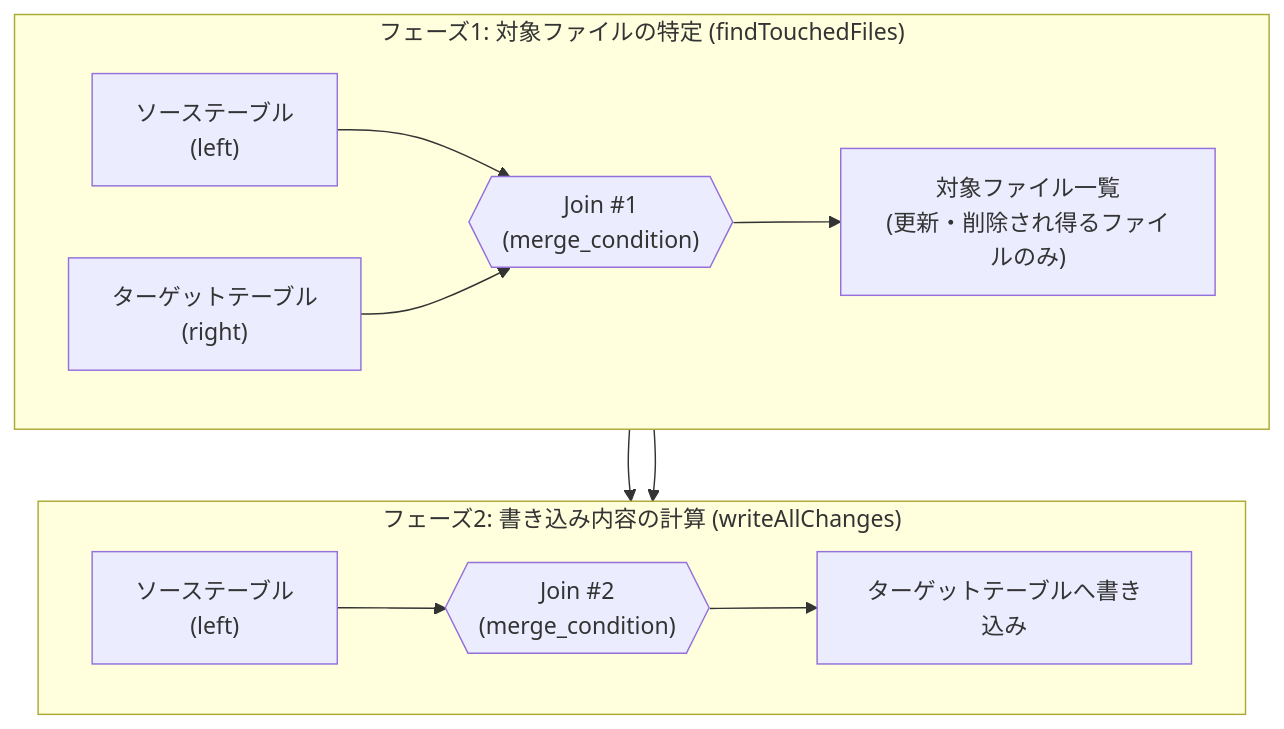
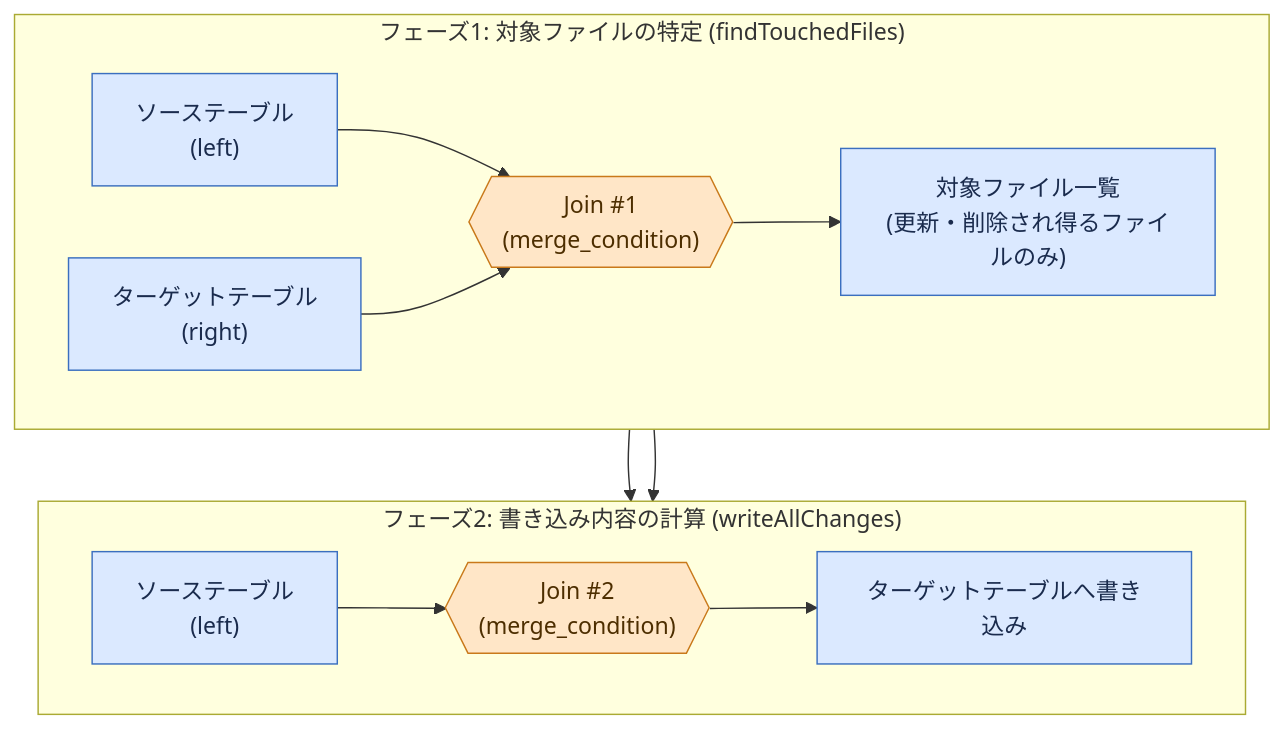
The first of 2 diagrams in articles/delta-lake-merge-into-internals-and-clustering.md (NEK0128/zenn), drawn with Mermaid before and after one commit. The commit also changed other lines of this file, not shown here.

Commit message:
記事修正: Mermaid図にデータノードと処理ノードの色分けを追加

````diff
--- a/articles/delta-lake-merge-into-internals-and-clustering.md
+++ b/articles/delta-lake-merge-into-internals-and-clustering.md
@@ -90,21 +89,26 @@
 ```mermaid
 flowchart TB
     subgraph P1["フェーズ1: 対象ファイルの特定 (findTouchedFiles)"]
         direction LR
         S1["ソーステーブル\n(left)"]
         T1["ターゲットテーブル\n(right)"]
         S1 --> J1{{"Join #1\n(merge_condition)"}}
         T1 --> J1
         J1 --> F1["対象ファイル一覧\n(更新・削除され得るファイルのみ)"]
     end
 
     subgraph P2["フェーズ2: 書き込み内容の計算 (writeAllChanges)"]
         direction LR
         S2["ソーステーブル\n(left)"]
         F1 --> J2{{"Join #2\n(merge_condition)"}}
         S2 --> J2
         J2 --> W["ターゲットテーブルへ書き込み"]
     end
 
     P1 --> P2
+
+    classDef dataNode fill:#dbe9ff,stroke:#3b6fbf,color:#1a2b4d
+    classDef processNode fill:#ffe6c7,stroke:#c9791a,color:#4d2e00
+    class S1,T1,F1,S2,W dataNode
+    class J1,J2 processNode
 ```
````
